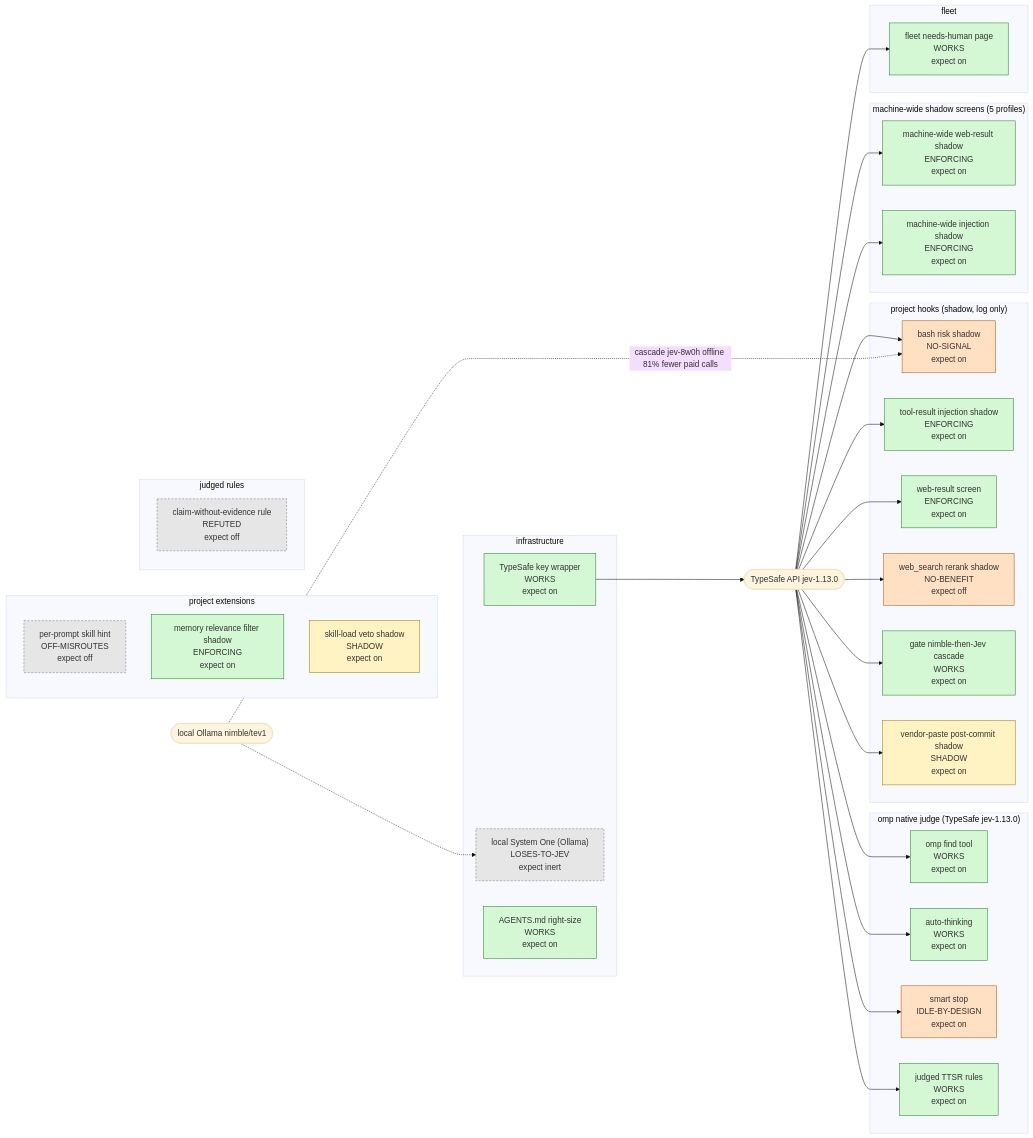
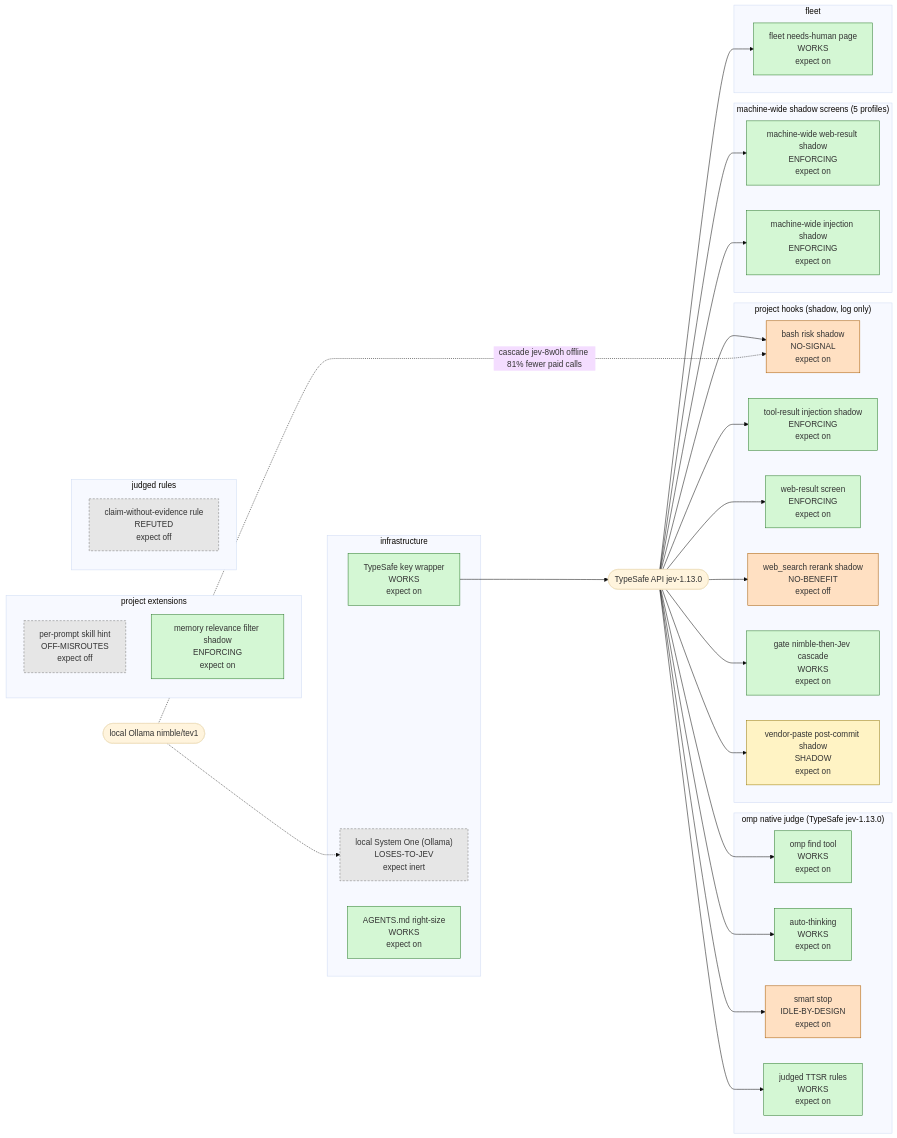
Before and after one commit to JYeswak/jev_playground: the diagram in work/jev-inventory/goldens/inventory-structure.mmd, drawn with Mermaid (base theme). The commit also changed 1 other file, not shown here.

Commit message:
fix(ci): repair veto-retirement regressions [test]

```diff
--- a/work/jev-inventory/goldens/inventory-structure.mmd
+++ b/work/jev-inventory/goldens/inventory-structure.mmd
@@ -1,61 +1,60 @@
 flowchart LR
   JEV(["TypeSafe API jev-1.13.0"])
   LOCAL(["local Ollama nimble/tev1"])
   subgraph native["omp native judge (TypeSafe jev-1.13.0)"]
     find["omp find tool<br/>WORKS<br/>expect on"]
     auto_thinking["auto-thinking<br/>WORKS<br/>expect on"]
     smart_stop["smart stop<br/>IDLE-BY-DESIGN<br/>expect on"]
     ttsr_judged["judged TTSR rules<br/>WORKS<br/>expect on"]
   end
   subgraph hook["project hooks (shadow, log only)"]
     gate_observe["bash risk shadow<br/>NO-SIGNAL<br/>expect on"]
     injection_shadow["tool-result injection shadow<br/>ENFORCING<br/>expect on"]
     webscreen["web-result screen<br/>ENFORCING<br/>expect on"]
     websearch_rerank["web_search rerank shadow<br/>NO-BENEFIT<br/>expect off"]
     gate_cascade["gate nimble-then-Jev cascade<br/>WORKS<br/>expect on"]
     vendor_shadow["vendor-paste post-commit shadow<br/>SHADOW<br/>expect on"]
   end
   subgraph global["machine-wide shadow screens (5 profiles)"]
     webscreen_global["machine-wide web-result shadow<br/>ENFORCING<br/>expect on"]
     injection_global["machine-wide injection shadow<br/>ENFORCING<br/>expect on"]
   end
   subgraph extension["project extensions"]
     skill_hint["per-prompt skill hint<br/>OFF-MISROUTES<br/>expect off"]
     memory_filter["memory relevance filter shadow<br/>ENFORCING<br/>expect on"]
-    skill_veto["skill-load veto shadow<br/>SHADOW<br/>expect on"]
   end
   subgraph rule["judged rules"]
     claim_rule["claim-without-evidence rule<br/>REFUTED<br/>expect off"]
   end
   subgraph fleet["fleet"]
     needs_human["fleet needs-human page<br/>WORKS<br/>expect on"]
   end
   subgraph infra["infrastructure"]
     key_wrapper["TypeSafe key wrapper<br/>WORKS<br/>expect on"]
     local_sys1["local System One (Ollama)<br/>LOSES-TO-JEV<br/>expect inert"]
     agents_trim["AGENTS.md right-size<br/>WORKS<br/>expect on"]
   end
   JEV --> find
   JEV --> auto_thinking
   JEV --> smart_stop
   JEV --> ttsr_judged
   JEV --> gate_observe
   JEV --> injection_shadow
   JEV --> webscreen
   JEV --> websearch_rerank
   JEV --> needs_human
   LOCAL -.-> local_sys1
   JEV --> gate_cascade
   JEV --> webscreen_global
   JEV --> injection_global
   JEV --> vendor_shadow
   LOCAL -. cascade jev-8w0h offline 81% fewer paid calls .-> gate_observe
   key_wrapper --> JEV
   classDef works fill:#d4f7d4,stroke:#2a7a2a
   classDef unproven fill:#fff3c4,stroke:#9a7a00
   classDef nobenefit fill:#ffe0c2,stroke:#a85a00
   classDef off fill:#e6e6e6,stroke:#777,stroke-dasharray:4 3
   class smart_stop,gate_observe,websearch_rerank nobenefit
   class skill_hint,claim_rule,local_sys1 off
-  class vendor_shadow,skill_veto unproven
+  class vendor_shadow unproven
   class find,auto_thinking,ttsr_judged,injection_shadow,webscreen,needs_human,key_wrapper,agents_trim,memory_filter,gate_cascade,webscreen_global,injection_global works
```
